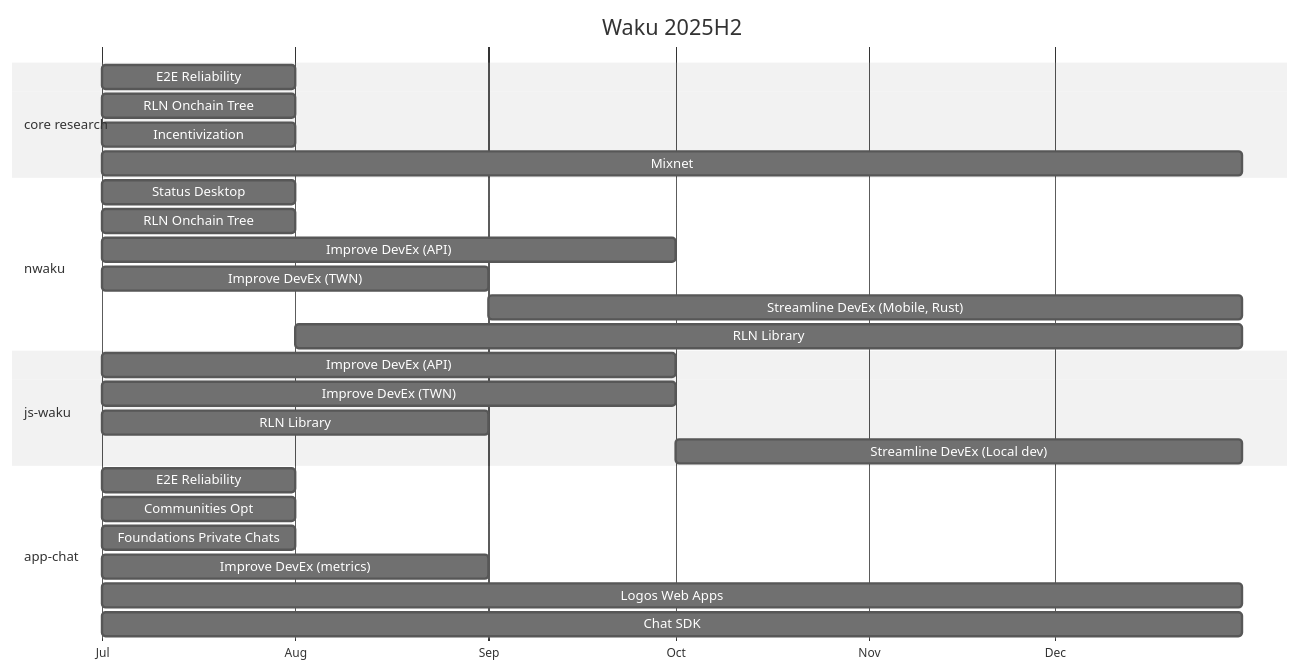
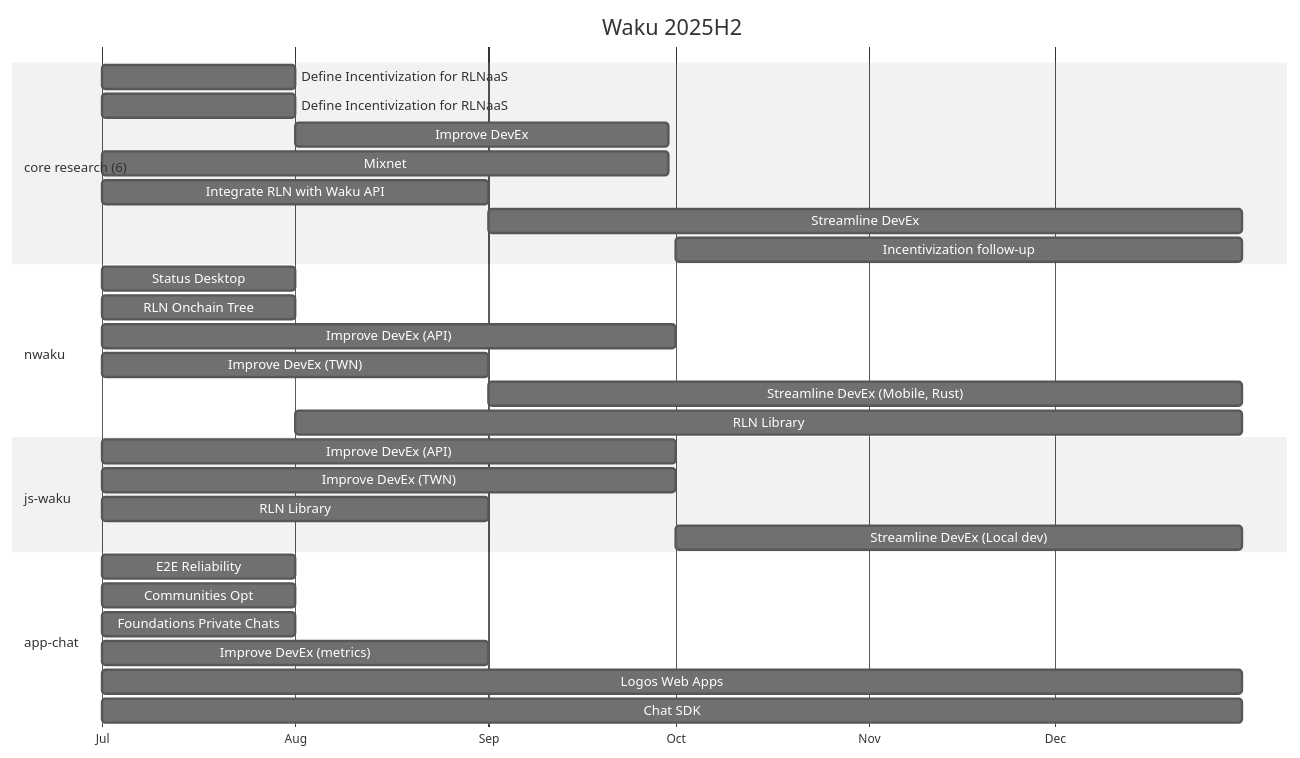
Before and after one commit to waku-org/pm: the diagram in draft-roadmap/README.md, drawn with Mermaid (neutral theme). The commit also changed other lines of this file, not shown here.

````diff
--- a/draft-roadmap/README.md
+++ b/draft-roadmap/README.md
@@ -113,30 +113,33 @@
 ```mermaid
 gantt
     title Waku 2025H2
     dateFormat YYYY-MM-DD
     axisFormat %b
-    section core research
-        E2E Reliability: 2025-07-01, 2025-08-01
-        RLN Onchain Tree: 2025-07-01, 2025-08-01
-        Incentivization: 2025-07-01, 2025-08-01
-        Mixnet: 2025-07-01, 2025-12-31
+    section core research (6)
+        Define Incentivization for RLNaaS: 2025-07-01, 2025-08-01
+        Define Incentivization for RLNaaS: 2025-07-01, 2025-08-01
+        Improve DevEx: 2025-08-01, 2025-09-30
+        Mixnet: 2025-07-01, 2025-09-30
+        Integrate RLN with Waku API: 2025-07-01, 2025-09-01
+        Streamline DevEx: 2025-09-01, 2025-12-31
+        Incentivization follow-up: 2025-10-01, 2025-12-31
     section nwaku
         Status Desktop: 2025-07-01, 2025-08-01
         RLN Onchain Tree: 2025-07-01, 2025-08-01
         Improve DevEx (API): 2025-07-01, 2025-10-01
         Improve DevEx (TWN): 2025-07-01, 2025-09-01
         Streamline DevEx (Mobile, Rust): 2025-09-01, 2025-12-31
         RLN Library: 2025-08-01, 2025-12-31
     section js-waku
         Improve DevEx (API): 2025-07-01, 2025-10-01
         Improve DevEx (TWN): 2025-07-01, 2025-10-01
         RLN Library: 2025-07-01, 2025-09-01
         Streamline DevEx (Local dev): 2025-10-01, 2025-12-31
     section app-chat
         E2E Reliability: 2025-07-01, 2025-08-01
         Communities Opt: 2025-07-01, 2025-08-01
         Foundations Private Chats: 2025-07-01, 2025-08-01
         Improve DevEx (metrics): 2025-07-01, 2025-09-01
         Logos Web Apps: 2025-07-01, 2025-12-31
         Chat SDK: 2025-07-01, 2025-12-31
 ```
````
